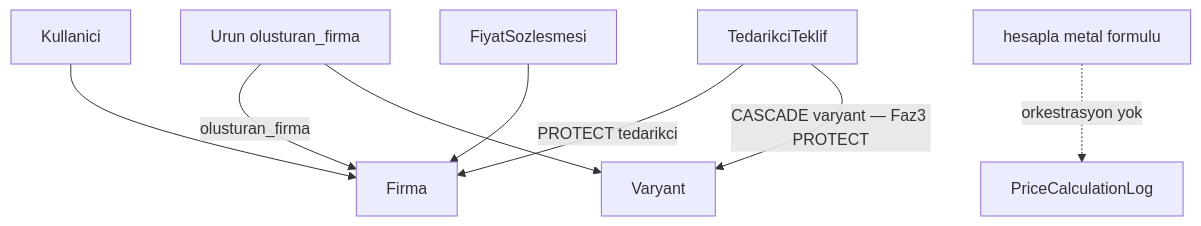
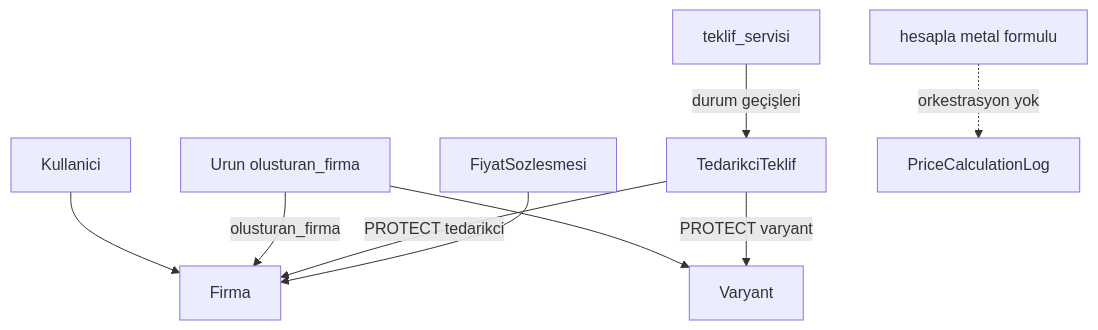
The diagram in docs/architecture/mevcut-mimari.md (Qubitda/kuyumbank), drawn with Mermaid before and after one commit. The commit also changed other lines of this file and 9 other files, not shown here.

First line of the commit message:
feat: Faz 3.1 tedarikci teklif yasam dongusu (ADR-0007)

````diff
--- a/docs/architecture/mevcut-mimari.md
+++ b/docs/architecture/mevcut-mimari.md
@@ -39,18 +39,20 @@
 ```mermaid
 flowchart TD
   Firma[Firma]
   Kullanici[Kullanici]
   Urun[Urun olusturan_firma]
   Varyant[Varyant]
   Teklif[TedarikciTeklif]
+  Servis[teklif_servisi]
   Sozlesme[FiyatSozlesmesi]
   Hesapla[hesapla metal formulu]
   Log[PriceCalculationLog]
   Kullanici --> Firma
   Urun -->|"olusturan_firma"| Firma
   Urun --> Varyant
   Teklif -->|"PROTECT tedarikci"| Firma
-  Teklif -->|"CASCADE varyant — Faz3 PROTECT"| Varyant
+  Teklif -->|"PROTECT varyant"| Varyant
+  Servis -->|"durum geçişleri"| Teklif
   Sozlesme --> Firma
   Hesapla -.->|"orkestrasyon yok"| Log
 ```
````
